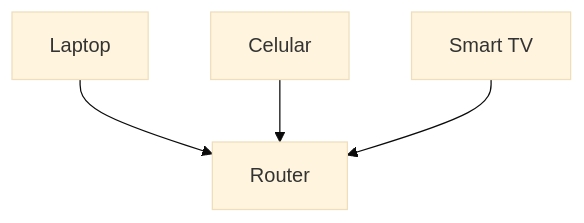
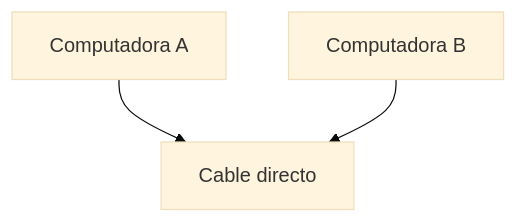
The seventh of 13 diagrams in src/content/lessons/fundamentos-it/redes-desde-cero/intro-redes/02-intro-redes.md (Oscar-Poski/heka-it), drawn with Mermaid (base theme) before and after one commit. The commit also changed other lines of this file and 63 other files, not shown here.

````diff
--- a/src/content/lessons/fundamentos-it/redes-desde-cero/intro-redes/02-intro-redes.md
+++ b/src/content/lessons/fundamentos-it/redes-desde-cero/intro-redes/02-intro-redes.md
@@ -48,7 +147,5 @@
 ```mermaid
 flowchart TD
-  R["Router"]
-  A["Laptop"] --> R
-  B["Celular"] --> R
-  C["Smart TV"] --> R
+    A[Computadora A] --> C[Cable directo]
+    B[Computadora B] --> C
 ```
````
